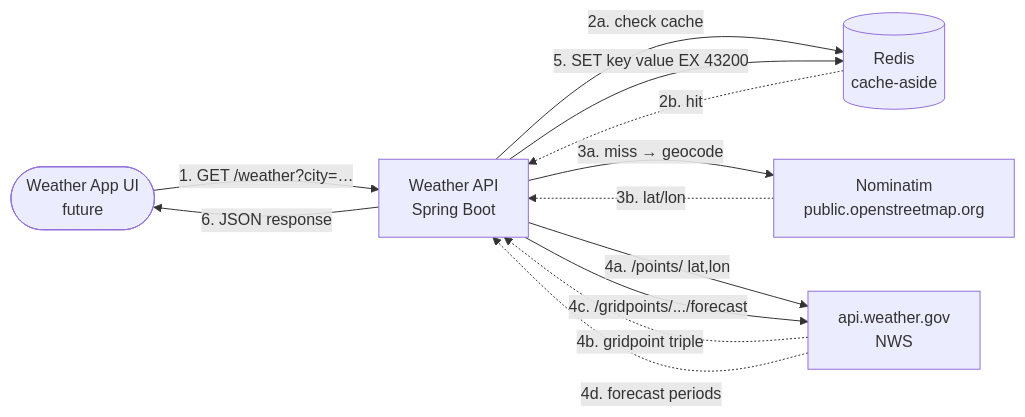
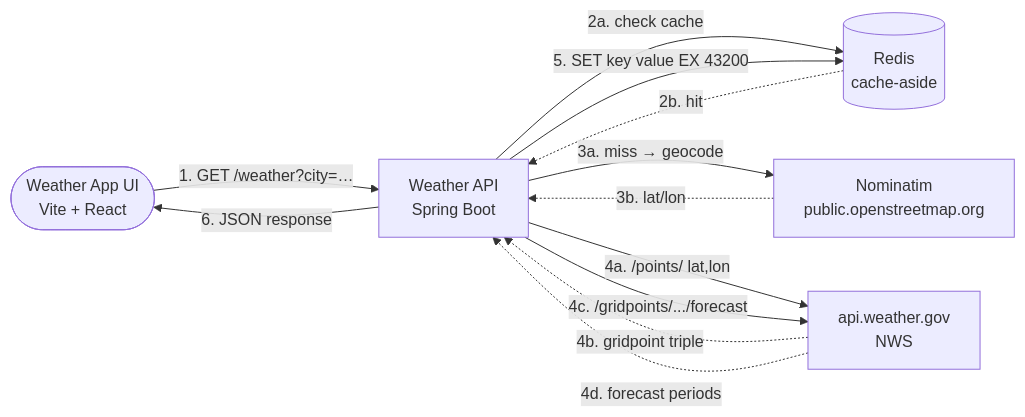
Before and after one commit to ythalorossy/weather-wrapper-service: the first of 3 diagrams in README.md, drawn with Mermaid. The commit also changed other lines of this file and 16 other files, not shown here.

First line of the commit message:
feat(web): add Vite + React + TanStack Query frontend

````diff
--- a/README.md
+++ b/README.md
@@ -18,20 +18,20 @@
 ```mermaid
 flowchart LR
-    UI([Weather App UI<br/>future])
+    UI([Weather App UI<br/>Vite + React])
     API[Weather API<br/>Spring Boot]
     Cache[(Redis<br/>cache-aside)]
     Geo[Nominatim<br/>public.openstreetmap.org]
     NWS[api.weather.gov<br/>NWS]
 
     UI -->|1. GET /weather?city=…| API
     API -->|2a. check cache| Cache
     Cache -.->|2b. hit| API
     API -->|3a. miss → geocode| Geo
     Geo -.->|3b. lat/lon| API
     API -->|4a. /points/ lat,lon| NWS
     NWS -.->|4b. gridpoint triple| API
     API -->|4c. /gridpoints/.../forecast| NWS
     NWS -.->|4d. forecast periods| API
     API -->|5. SET key value EX 43200| Cache
     API -->|6. JSON response| UI
 ```
````
